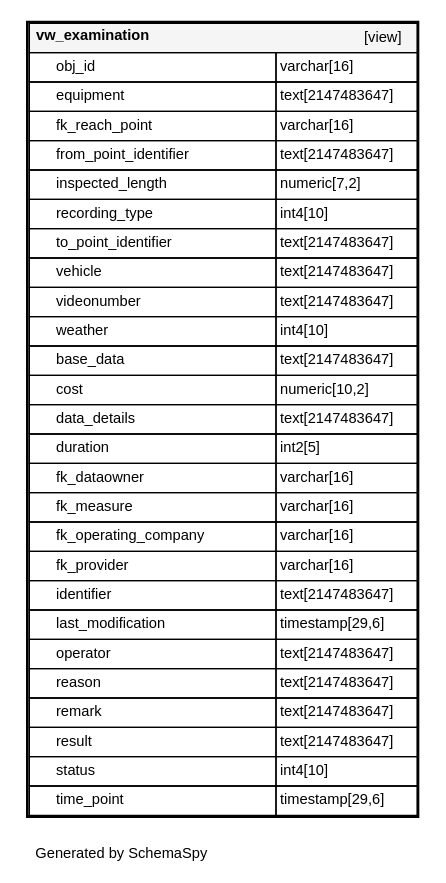
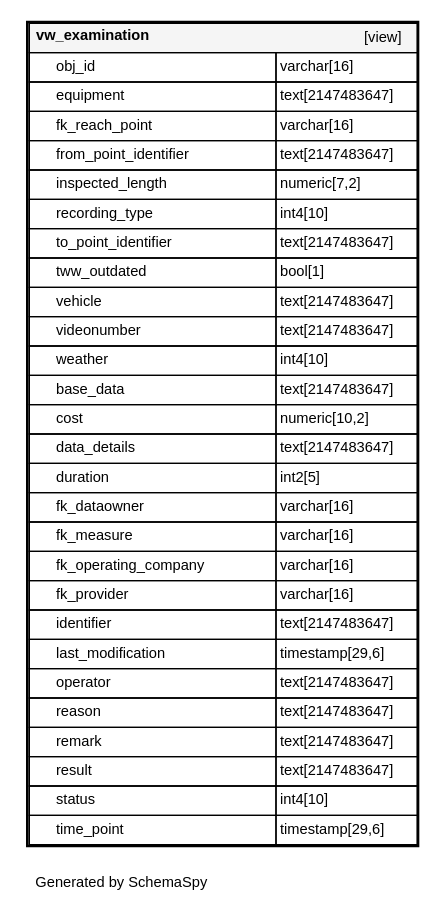
The diagram in en/_static/datamodel/tww_app/diagrams/tables/vw_examination.1degree.dot (teksi/wastewater), drawn with Graphviz before and after one commit. The commit also changed 277 other files, not shown here.

```diff
--- a/en/_static/datamodel/tww_app/diagrams/tables/vw_examination.1degree.dot
+++ b/en/_static/datamodel/tww_app/diagrams/tables/vw_examination.1degree.dot
@@ -1,38 +1,39 @@
 digraph "oneDegreeRelationshipsDiagram" {
   graph [    rankdir="RL"    bgcolor="#ffffff"    label="\nGenerated by SchemaSpy"    labeljust="l"    nodesep="0.18"    ranksep="0.46"    fontname="Helvetica"    fontsize="11"    packmode="graph"  ];  node [    fontname="Helvetica"    fontsize="11"    shape="plaintext"  ];  edge [    arrowsize="0.8"  ];
   "vw_examination" [
    label=<
     <TABLE BORDER="2" CELLBORDER="1" CELLSPACING="0" BGCOLOR="#ffffff">
       <TR><TD COLSPAN="4"  BGCOLOR="#f5f5f5"><TABLE BORDER="0" CELLSPACING="0"><TR><TD ALIGN="LEFT" FIXEDSIZE="TRUE" WIDTH="117" HEIGHT="16"><B>vw_examination</B></TD><TD ALIGN="RIGHT">[view]</TD></TR></TABLE></TD></TR>
       <TR><TD PORT="obj_id" COLSPAN="2" ALIGN="LEFT"><TABLE BORDER="0" CELLSPACING="0" ALIGN="LEFT"><TR ALIGN="LEFT"><TD ALIGN="LEFT" FIXEDSIZE="TRUE" WIDTH="15" HEIGHT="16"></TD><TD ALIGN="LEFT" FIXEDSIZE="TRUE" WIDTH="164" HEIGHT="16">obj_id</TD></TR></TABLE></TD><TD PORT="obj_id.type" ALIGN="LEFT">varchar[16]</TD></TR>
       <TR><TD PORT="equipment" COLSPAN="2" ALIGN="LEFT"><TABLE BORDER="0" CELLSPACING="0" ALIGN="LEFT"><TR ALIGN="LEFT"><TD ALIGN="LEFT" FIXEDSIZE="TRUE" WIDTH="15" HEIGHT="16"></TD><TD ALIGN="LEFT" FIXEDSIZE="TRUE" WIDTH="164" HEIGHT="16">equipment</TD></TR></TABLE></TD><TD PORT="equipment.type" ALIGN="LEFT">text[2147483647]</TD></TR>
       <TR><TD PORT="fk_reach_point" COLSPAN="2" ALIGN="LEFT"><TABLE BORDER="0" CELLSPACING="0" ALIGN="LEFT"><TR ALIGN="LEFT"><TD ALIGN="LEFT" FIXEDSIZE="TRUE" WIDTH="15" HEIGHT="16"></TD><TD ALIGN="LEFT" FIXEDSIZE="TRUE" WIDTH="164" HEIGHT="16">fk_reach_point</TD></TR></TABLE></TD><TD PORT="fk_reach_point.type" ALIGN="LEFT">varchar[16]</TD></TR>
       <TR><TD PORT="from_point_identifier" COLSPAN="2" ALIGN="LEFT"><TABLE BORDER="0" CELLSPACING="0" ALIGN="LEFT"><TR ALIGN="LEFT"><TD ALIGN="LEFT" FIXEDSIZE="TRUE" WIDTH="15" HEIGHT="16"></TD><TD ALIGN="LEFT" FIXEDSIZE="TRUE" WIDTH="164" HEIGHT="16">from_point_identifier</TD></TR></TABLE></TD><TD PORT="from_point_identifier.type" ALIGN="LEFT">text[2147483647]</TD></TR>
       <TR><TD PORT="inspected_length" COLSPAN="2" ALIGN="LEFT"><TABLE BORDER="0" CELLSPACING="0" ALIGN="LEFT"><TR ALIGN="LEFT"><TD ALIGN="LEFT" FIXEDSIZE="TRUE" WIDTH="15" HEIGHT="16"></TD><TD ALIGN="LEFT" FIXEDSIZE="TRUE" WIDTH="164" HEIGHT="16">inspected_length</TD></TR></TABLE></TD><TD PORT="inspected_length.type" ALIGN="LEFT">numeric[7,2]</TD></TR>
       <TR><TD PORT="recording_type" COLSPAN="2" ALIGN="LEFT"><TABLE BORDER="0" CELLSPACING="0" ALIGN="LEFT"><TR ALIGN="LEFT"><TD ALIGN="LEFT" FIXEDSIZE="TRUE" WIDTH="15" HEIGHT="16"></TD><TD ALIGN="LEFT" FIXEDSIZE="TRUE" WIDTH="164" HEIGHT="16">recording_type</TD></TR></TABLE></TD><TD PORT="recording_type.type" ALIGN="LEFT">int4[10]</TD></TR>
       <TR><TD PORT="to_point_identifier" COLSPAN="2" ALIGN="LEFT"><TABLE BORDER="0" CELLSPACING="0" ALIGN="LEFT"><TR ALIGN="LEFT"><TD ALIGN="LEFT" FIXEDSIZE="TRUE" WIDTH="15" HEIGHT="16"></TD><TD ALIGN="LEFT" FIXEDSIZE="TRUE" WIDTH="164" HEIGHT="16">to_point_identifier</TD></TR></TABLE></TD><TD PORT="to_point_identifier.type" ALIGN="LEFT">text[2147483647]</TD></TR>
+      <TR><TD PORT="tww_outdated" COLSPAN="2" ALIGN="LEFT"><TABLE BORDER="0" CELLSPACING="0" ALIGN="LEFT"><TR ALIGN="LEFT"><TD ALIGN="LEFT" FIXEDSIZE="TRUE" WIDTH="15" HEIGHT="16"></TD><TD ALIGN="LEFT" FIXEDSIZE="TRUE" WIDTH="164" HEIGHT="16">tww_outdated</TD></TR></TABLE></TD><TD PORT="tww_outdated.type" ALIGN="LEFT">bool[1]</TD></TR>
       <TR><TD PORT="vehicle" COLSPAN="2" ALIGN="LEFT"><TABLE BORDER="0" CELLSPACING="0" ALIGN="LEFT"><TR ALIGN="LEFT"><TD ALIGN="LEFT" FIXEDSIZE="TRUE" WIDTH="15" HEIGHT="16"></TD><TD ALIGN="LEFT" FIXEDSIZE="TRUE" WIDTH="164" HEIGHT="16">vehicle</TD></TR></TABLE></TD><TD PORT="vehicle.type" ALIGN="LEFT">text[2147483647]</TD></TR>
       <TR><TD PORT="videonumber" COLSPAN="2" ALIGN="LEFT"><TABLE BORDER="0" CELLSPACING="0" ALIGN="LEFT"><TR ALIGN="LEFT"><TD ALIGN="LEFT" FIXEDSIZE="TRUE" WIDTH="15" HEIGHT="16"></TD><TD ALIGN="LEFT" FIXEDSIZE="TRUE" WIDTH="164" HEIGHT="16">videonumber</TD></TR></TABLE></TD><TD PORT="videonumber.type" ALIGN="LEFT">text[2147483647]</TD></TR>
       <TR><TD PORT="weather" COLSPAN="2" ALIGN="LEFT"><TABLE BORDER="0" CELLSPACING="0" ALIGN="LEFT"><TR ALIGN="LEFT"><TD ALIGN="LEFT" FIXEDSIZE="TRUE" WIDTH="15" HEIGHT="16"></TD><TD ALIGN="LEFT" FIXEDSIZE="TRUE" WIDTH="164" HEIGHT="16">weather</TD></TR></TABLE></TD><TD PORT="weather.type" ALIGN="LEFT">int4[10]</TD></TR>
       <TR><TD PORT="base_data" COLSPAN="2" ALIGN="LEFT"><TABLE BORDER="0" CELLSPACING="0" ALIGN="LEFT"><TR ALIGN="LEFT"><TD ALIGN="LEFT" FIXEDSIZE="TRUE" WIDTH="15" HEIGHT="16"></TD><TD ALIGN="LEFT" FIXEDSIZE="TRUE" WIDTH="164" HEIGHT="16">base_data</TD></TR></TABLE></TD><TD PORT="base_data.type" ALIGN="LEFT">text[2147483647]</TD></TR>
       <TR><TD PORT="cost" COLSPAN="2" ALIGN="LEFT"><TABLE BORDER="0" CELLSPACING="0" ALIGN="LEFT"><TR ALIGN="LEFT"><TD ALIGN="LEFT" FIXEDSIZE="TRUE" WIDTH="15" HEIGHT="16"></TD><TD ALIGN="LEFT" FIXEDSIZE="TRUE" WIDTH="164" HEIGHT="16">cost</TD></TR></TABLE></TD><TD PORT="cost.type" ALIGN="LEFT">numeric[10,2]</TD></TR>
       <TR><TD PORT="data_details" COLSPAN="2" ALIGN="LEFT"><TABLE BORDER="0" CELLSPACING="0" ALIGN="LEFT"><TR ALIGN="LEFT"><TD ALIGN="LEFT" FIXEDSIZE="TRUE" WIDTH="15" HEIGHT="16"></TD><TD ALIGN="LEFT" FIXEDSIZE="TRUE" WIDTH="164" HEIGHT="16">data_details</TD></TR></TABLE></TD><TD PORT="data_details.type" ALIGN="LEFT">text[2147483647]</TD></TR>
       <TR><TD PORT="duration" COLSPAN="2" ALIGN="LEFT"><TABLE BORDER="0" CELLSPACING="0" ALIGN="LEFT"><TR ALIGN="LEFT"><TD ALIGN="LEFT" FIXEDSIZE="TRUE" WIDTH="15" HEIGHT="16"></TD><TD ALIGN="LEFT" FIXEDSIZE="TRUE" WIDTH="164" HEIGHT="16">duration</TD></TR></TABLE></TD><TD PORT="duration.type" ALIGN="LEFT">int2[5]</TD></TR>
       <TR><TD PORT="fk_dataowner" COLSPAN="2" ALIGN="LEFT"><TABLE BORDER="0" CELLSPACING="0" ALIGN="LEFT"><TR ALIGN="LEFT"><TD ALIGN="LEFT" FIXEDSIZE="TRUE" WIDTH="15" HEIGHT="16"></TD><TD ALIGN="LEFT" FIXEDSIZE="TRUE" WIDTH="164" HEIGHT="16">fk_dataowner</TD></TR></TABLE></TD><TD PORT="fk_dataowner.type" ALIGN="LEFT">varchar[16]</TD></TR>
       <TR><TD PORT="fk_measure" COLSPAN="2" ALIGN="LEFT"><TABLE BORDER="0" CELLSPACING="0" ALIGN="LEFT"><TR ALIGN="LEFT"><TD ALIGN="LEFT" FIXEDSIZE="TRUE" WIDTH="15" HEIGHT="16"></TD><TD ALIGN="LEFT" FIXEDSIZE="TRUE" WIDTH="164" HEIGHT="16">fk_measure</TD></TR></TABLE></TD><TD PORT="fk_measure.type" ALIGN="LEFT">varchar[16]</TD></TR>
       <TR><TD PORT="fk_operating_company" COLSPAN="2" ALIGN="LEFT"><TABLE BORDER="0" CELLSPACING="0" ALIGN="LEFT"><TR ALIGN="LEFT"><TD ALIGN="LEFT" FIXEDSIZE="TRUE" WIDTH="15" HEIGHT="16"></TD><TD ALIGN="LEFT" FIXEDSIZE="TRUE" WIDTH="164" HEIGHT="16">fk_operating_company</TD></TR></TABLE></TD><TD PORT="fk_operating_company.type" ALIGN="LEFT">varchar[16]</TD></TR>
       <TR><TD PORT="fk_provider" COLSPAN="2" ALIGN="LEFT"><TABLE BORDER="0" CELLSPACING="0" ALIGN="LEFT"><TR ALIGN="LEFT"><TD ALIGN="LEFT" FIXEDSIZE="TRUE" WIDTH="15" HEIGHT="16"></TD><TD ALIGN="LEFT" FIXEDSIZE="TRUE" WIDTH="164" HEIGHT="16">fk_provider</TD></TR></TABLE></TD><TD PORT="fk_provider.type" ALIGN="LEFT">varchar[16]</TD></TR>
       <TR><TD PORT="identifier" COLSPAN="2" ALIGN="LEFT"><TABLE BORDER="0" CELLSPACING="0" ALIGN="LEFT"><TR ALIGN="LEFT"><TD ALIGN="LEFT" FIXEDSIZE="TRUE" WIDTH="15" HEIGHT="16"></TD><TD ALIGN="LEFT" FIXEDSIZE="TRUE" WIDTH="164" HEIGHT="16">identifier</TD></TR></TABLE></TD><TD PORT="identifier.type" ALIGN="LEFT">text[2147483647]</TD></TR>
       <TR><TD PORT="last_modification" COLSPAN="2" ALIGN="LEFT"><TABLE BORDER="0" CELLSPACING="0" ALIGN="LEFT"><TR ALIGN="LEFT"><TD ALIGN="LEFT" FIXEDSIZE="TRUE" WIDTH="15" HEIGHT="16"></TD><TD ALIGN="LEFT" FIXEDSIZE="TRUE" WIDTH="164" HEIGHT="16">last_modification</TD></TR></TABLE></TD><TD PORT="last_modification.type" ALIGN="LEFT">timestamp[29,6]</TD></TR>
       <TR><TD PORT="operator" COLSPAN="2" ALIGN="LEFT"><TABLE BORDER="0" CELLSPACING="0" ALIGN="LEFT"><TR ALIGN="LEFT"><TD ALIGN="LEFT" FIXEDSIZE="TRUE" WIDTH="15" HEIGHT="16"></TD><TD ALIGN="LEFT" FIXEDSIZE="TRUE" WIDTH="164" HEIGHT="16">operator</TD></TR></TABLE></TD><TD PORT="operator.type" ALIGN="LEFT">text[2147483647]</TD></TR>
       <TR><TD PORT="reason" COLSPAN="2" ALIGN="LEFT"><TABLE BORDER="0" CELLSPACING="0" ALIGN="LEFT"><TR ALIGN="LEFT"><TD ALIGN="LEFT" FIXEDSIZE="TRUE" WIDTH="15" HEIGHT="16"></TD><TD ALIGN="LEFT" FIXEDSIZE="TRUE" WIDTH="164" HEIGHT="16">reason</TD></TR></TABLE></TD><TD PORT="reason.type" ALIGN="LEFT">text[2147483647]</TD></TR>
       <TR><TD PORT="remark" COLSPAN="2" ALIGN="LEFT"><TABLE BORDER="0" CELLSPACING="0" ALIGN="LEFT"><TR ALIGN="LEFT"><TD ALIGN="LEFT" FIXEDSIZE="TRUE" WIDTH="15" HEIGHT="16"></TD><TD ALIGN="LEFT" FIXEDSIZE="TRUE" WIDTH="164" HEIGHT="16">remark</TD></TR></TABLE></TD><TD PORT="remark.type" ALIGN="LEFT">text[2147483647]</TD></TR>
       <TR><TD PORT="result" COLSPAN="2" ALIGN="LEFT"><TABLE BORDER="0" CELLSPACING="0" ALIGN="LEFT"><TR ALIGN="LEFT"><TD ALIGN="LEFT" FIXEDSIZE="TRUE" WIDTH="15" HEIGHT="16"></TD><TD ALIGN="LEFT" FIXEDSIZE="TRUE" WIDTH="164" HEIGHT="16">result</TD></TR></TABLE></TD><TD PORT="result.type" ALIGN="LEFT">text[2147483647]</TD></TR>
       <TR><TD PORT="status" COLSPAN="2" ALIGN="LEFT"><TABLE BORDER="0" CELLSPACING="0" ALIGN="LEFT"><TR ALIGN="LEFT"><TD ALIGN="LEFT" FIXEDSIZE="TRUE" WIDTH="15" HEIGHT="16"></TD><TD ALIGN="LEFT" FIXEDSIZE="TRUE" WIDTH="164" HEIGHT="16">status</TD></TR></TABLE></TD><TD PORT="status.type" ALIGN="LEFT">int4[10]</TD></TR>
       <TR><TD PORT="time_point" COLSPAN="2" ALIGN="LEFT"><TABLE BORDER="0" CELLSPACING="0" ALIGN="LEFT"><TR ALIGN="LEFT"><TD ALIGN="LEFT" FIXEDSIZE="TRUE" WIDTH="15" HEIGHT="16"></TD><TD ALIGN="LEFT" FIXEDSIZE="TRUE" WIDTH="164" HEIGHT="16">time_point</TD></TR></TABLE></TD><TD PORT="time_point.type" ALIGN="LEFT">timestamp[29,6]</TD></TR>
     </TABLE>>
     URL="../../tables/vw_examination.html"
     target="_top"
     tooltip="vw_examination"
   ];
 }
```
